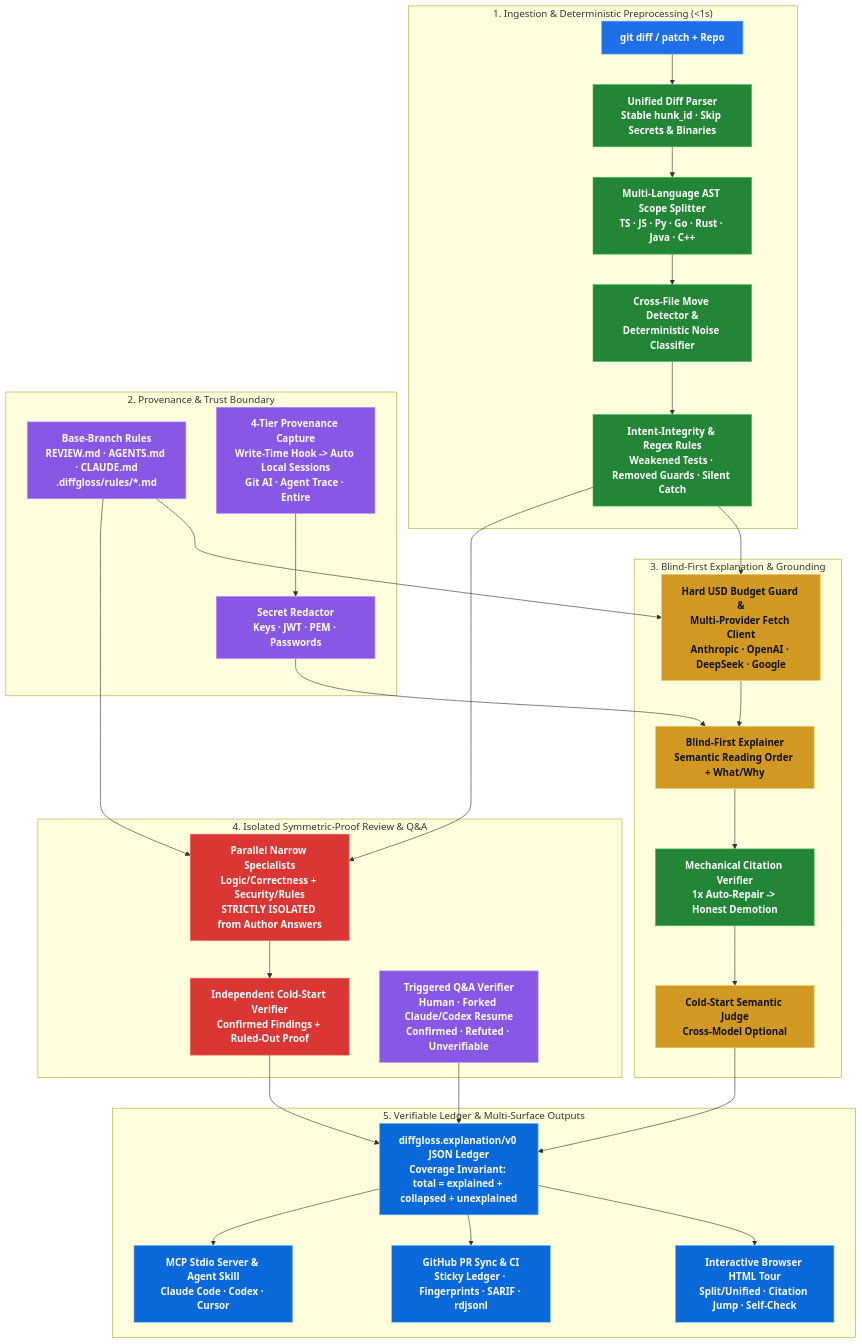
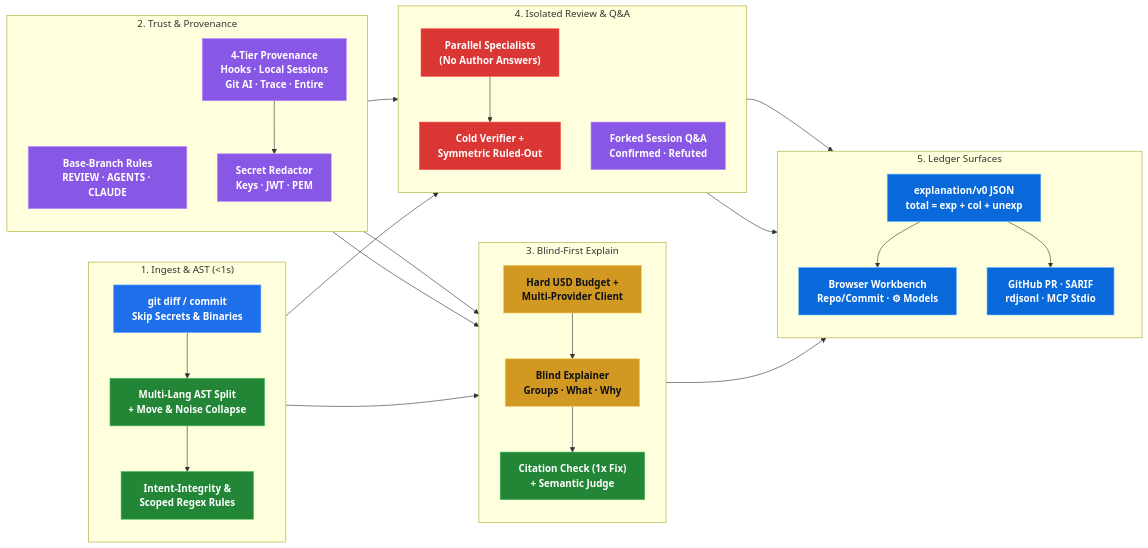
Before and after one commit to atomsprout/diffgloss: the first of 3 diagrams in README.md, drawn with Mermaid. The commit also changed other lines of this file, not shown here.

Commit message:
docs: make README architecture and state diagrams wide horizontal layouts

````diff
--- a/README.md
+++ b/README.md
@@ -38,57 +38,59 @@
 ```mermaid
-flowchart TB
+flowchart LR
   classDef input fill:#1f6feb,stroke:#58a6ff,color:#ffffff,font-weight:bold
   classDef det fill:#238636,stroke:#3fb950,color:#ffffff,font-weight:bold
   classDef prov fill:#8957e5,stroke:#bc8cff,color:#ffffff,font-weight:bold
   classDef llm fill:#d29922,stroke:#f2cc60,color:#0d1117,font-weight:bold
   classDef review fill:#da3633,stroke:#f85149,color:#ffffff,font-weight:bold
   classDef out fill:#0969da,stroke:#79c0ff,color:#ffffff,font-weight:bold
 
-  subgraph S1["1. Ingestion & Deterministic Preprocessing (<1s)"]
-    A1["git diff / patch + Repo"]:::input --> A2["Unified Diff Parser<br/>Stable hunk_id · Skip Secrets & Binaries"]:::det
-    A2 --> A3["Multi-Language AST Scope Splitter<br/>TS · JS · Py · Go · Rust · Java · C++"]:::det
-    A3 --> A4["Cross-File Move Detector &<br/>Deterministic Noise Classifier"]:::det
-    A4 --> A5["Intent-Integrity & Regex Rules<br/>Weakened Tests · Removed Guards · Silent Catch"]:::det
+  subgraph S1["1. Ingest & AST (<1s)"]
+    direction TB
+    A1["git diff / commit<br/>Skip Secrets & Binaries"]:::input
+    A2["Multi-Lang AST Split<br/>+ Move & Noise Collapse"]:::det
+    A3["Intent-Integrity &<br/>Scoped Regex Rules"]:::det
+    A1 --> A2 --> A3
   end
 
-  subgraph S2["2. Provenance & Trust Boundary"]
-    P1["Base-Branch Rules<br/>REVIEW.md · AGENTS.md · CLAUDE.md<br/>.diffgloss/rules/*.md"]:::prov
-    P2["4-Tier Provenance Capture<br/>Write-Time Hook -> Auto Local Sessions<br/>Git AI · Agent Trace · Entire"]:::prov
-    P3["Secret Redactor<br/>Keys · JWT · PEM · Passwords"]:::prov
+  subgraph S2["2. Trust & Provenance"]
+    direction TB
+    P1["Base-Branch Rules<br/>REVIEW · AGENTS · CLAUDE"]:::prov
+    P2["4-Tier Provenance<br/>Hooks · Local Sessions<br/>Git AI · Trace · Entire"]:::prov
+    P3["Secret Redactor<br/>Keys · JWT · PEM"]:::prov
     P2 --> P3
   end
 
-  subgraph S3["3. Blind-First Explanation & Grounding"]
-    E1["Hard USD Budget Guard &<br/>Multi-Provider Fetch Client<br/>Anthropic · OpenAI · DeepSeek · Google"]:::llm
-    E2["Blind-First Explainer<br/>Semantic Reading Order + What/Why"]:::llm
-    E3["Mechanical Citation Verifier<br/>1x Auto-Repair -> Honest Demotion"]:::det
-    E4["Cold-Start Semantic Judge<br/>Cross-Model Optional"]:::llm
-    E1 --> E2 --> E3 --> E4
+  subgraph S3["3. Blind-First Explain"]
+    direction TB
+    E1["Hard USD Budget +<br/>Multi-Provider Client"]:::llm
+    E2["Blind Explainer<br/>Groups · What · Why"]:::llm
+    E3["Citation Check (1x Fix)<br/>+ Semantic Judge"]:::det
+    E1 --> E2 --> E3
   end
 
-  subgraph S4["4. Isolated Symmetric-Proof Review & Q&A"]
-    R1["Parallel Narrow Specialists<br/>Logic/Correctness + Security/Rules<br/>STRICTLY ISOLATED from Author Answers"]:::review
-    R2["Independent Cold-Start Verifier<br/>Confirmed Findings + Ruled-Out Proof"]:::review
-    R3["Triggered Q&A Verifier<br/>Human · Forked Claude/Codex Resume<br/>Confirmed · Refuted · Unverifiable"]:::prov
+  subgraph S4["4. Isolated Review & Q&A"]
+    direction TB
+    R1["Parallel Specialists<br/>(No Author Answers)"]:::review
+    R2["Cold Verifier +<br/>Symmetric Ruled-Out"]:::review
+    R3["Forked Session Q&A<br/>Confirmed · Refuted"]:::prov
     R1 --> R2
   end
 
-  subgraph S5["5. Verifiable Ledger & Multi-Surface Outputs"]
-    O1["diffgloss.explanation/v0 JSON Ledger<br/>Coverage Invariant: total = explained + collapsed + unexplained"]:::out
-    O2["Interactive Browser HTML Tour<br/>Split/Unified · Citation Jump · Self-Check"]:::out
-    O3["GitHub PR Sync & CI<br/>Sticky Ledger · Fingerprints · SARIF · rdjsonl"]:::out
-    O4["MCP Stdio Server & Agent Skill<br/>Claude Code · Codex · Cursor"]:::out
+  subgraph S5["5. Ledger Surfaces"]
+    direction TB
+    O1["explanation/v0 JSON<br/>total = exp + col + unexp"]:::out
+    O2["Browser Workbench<br/>Repo/Commit · ⚙ Models"]:::out
+    O3["GitHub PR · SARIF<br/>rdjsonl · MCP Stdio"]:::out
     O1 --> O2
     O1 --> O3
-    O1 --> O4
   end
 
-  A5 --> E1
+  A3 --> E1
   P1 --> E1
   P3 --> E2
-  A5 --> R1
+  A3 --> R1
   P1 --> R1
-  E4 --> O1
+  E3 --> O1
   R2 --> O1
   R3 --> O1
 ```
````
